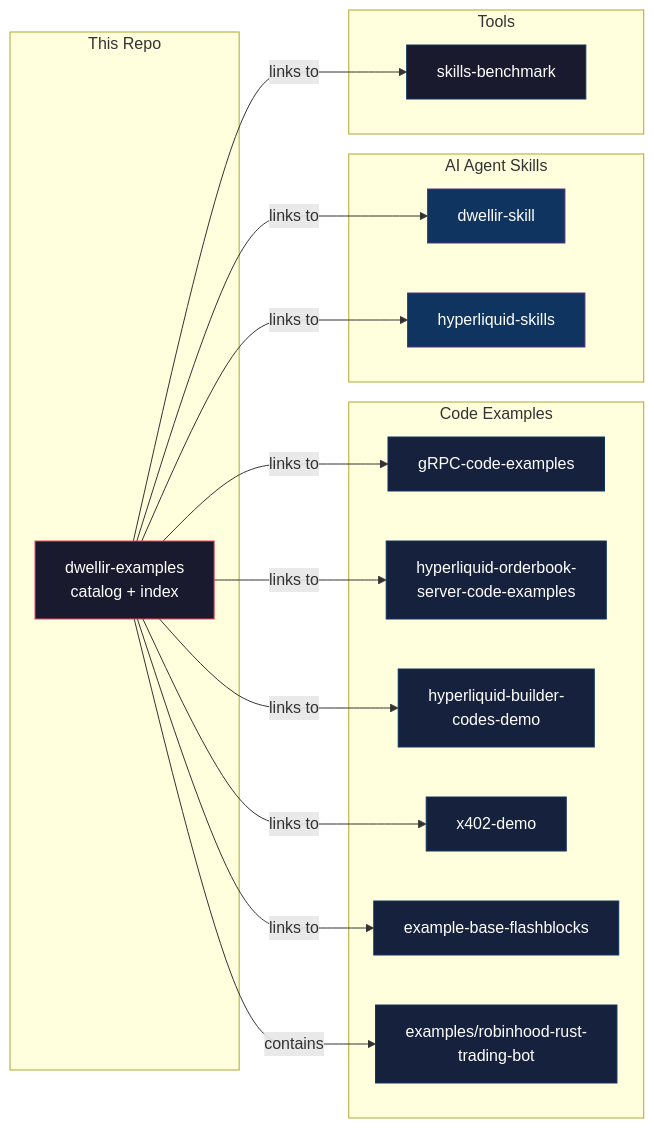
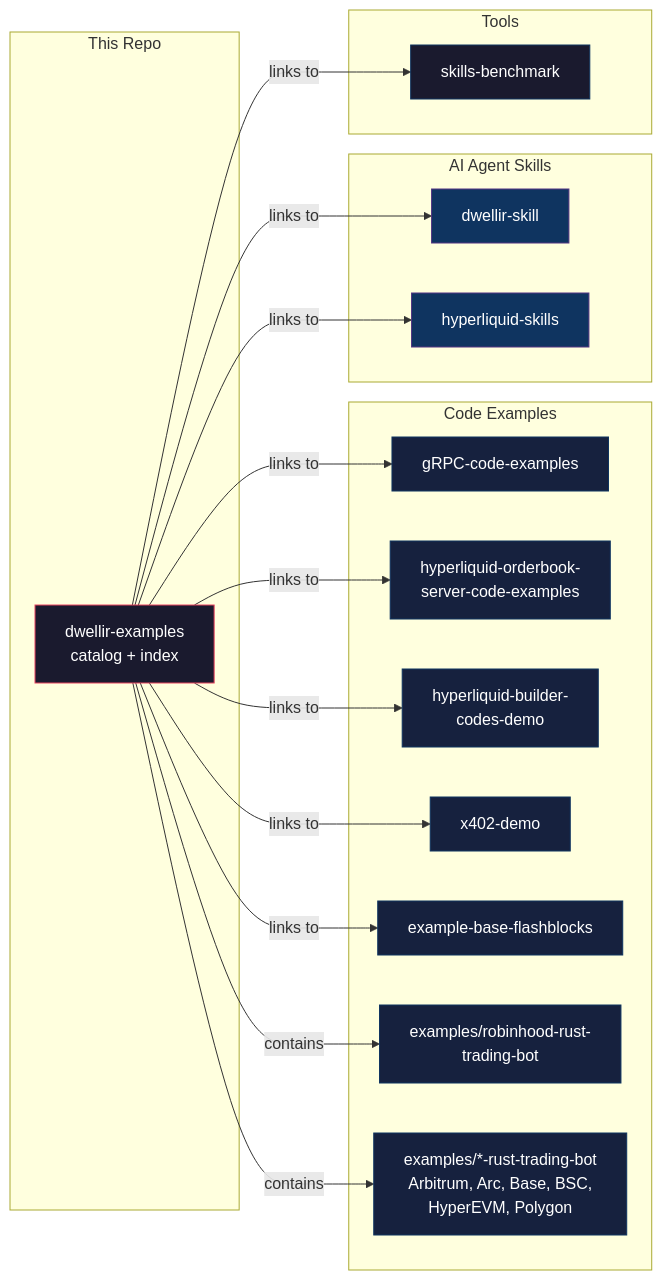
The diagram in README.md (dwellir-public/dwellir-examples), drawn with Mermaid before and after one commit. The commit also changed other lines of this file and 38 other files, not shown here.

First line of the commit message:
Add Rust trading bot examples for six more chains

````diff
--- a/README.md
+++ b/README.md
@@ -47,40 +53,42 @@
 ```mermaid
 graph LR
     subgraph This Repo
         CAT[dwellir-examples<br/>catalog + index]
     end
 
     subgraph Code Examples
         E1[gRPC-code-examples]
         E2[hyperliquid-orderbook-<br/>server-code-examples]
         E3[hyperliquid-builder-<br/>codes-demo]
         E4[x402-demo]
         E5[example-base-flashblocks]
         E6[examples/robinhood-rust-<br/>trading-bot]
+        E7[examples/*-rust-trading-bot<br/>Arbitrum, Arc, Base, BSC,<br/>HyperEVM, Polygon]
     end
 
     subgraph AI Agent Skills
         S1[dwellir-skill]
         S2[hyperliquid-skills]
     end
 
     subgraph Tools
         T1[skills-benchmark]
     end
 
     CAT -->|links to| E1 & E2 & E3 & E4 & E5
-    CAT -->|contains| E6
+    CAT -->|contains| E6 & E7
     CAT -->|links to| S1 & S2
     CAT -->|links to| T1
 
     style CAT fill:#1a1a2e,stroke:#e94560,color:#fff
     style E1 fill:#16213e,stroke:#0f3460,color:#fff
     style E2 fill:#16213e,stroke:#0f3460,color:#fff
     style E3 fill:#16213e,stroke:#0f3460,color:#fff
     style E4 fill:#16213e,stroke:#0f3460,color:#fff
     style E5 fill:#16213e,stroke:#0f3460,color:#fff
     style E6 fill:#16213e,stroke:#0f3460,color:#fff
+    style E7 fill:#16213e,stroke:#0f3460,color:#fff
     style S1 fill:#0f3460,stroke:#533483,color:#fff
     style S2 fill:#0f3460,stroke:#533483,color:#fff
     style T1 fill:#1a1a2e,stroke:#0f3460,color:#fff
 ```
````
